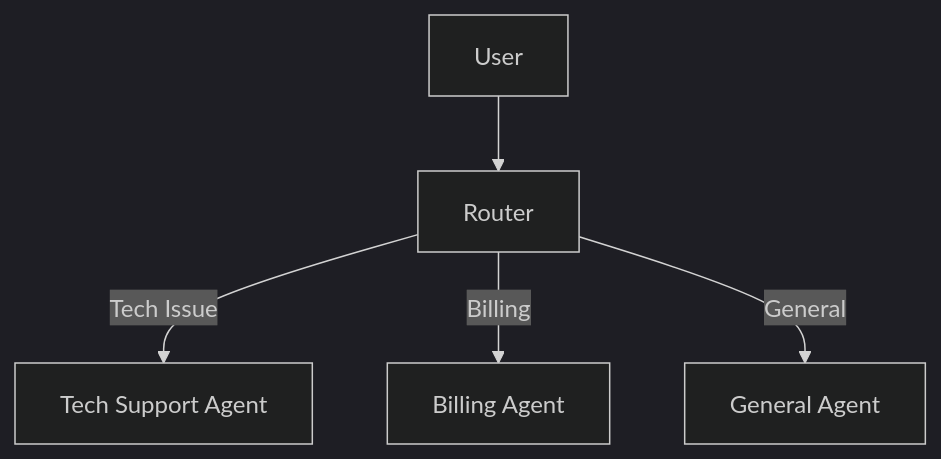
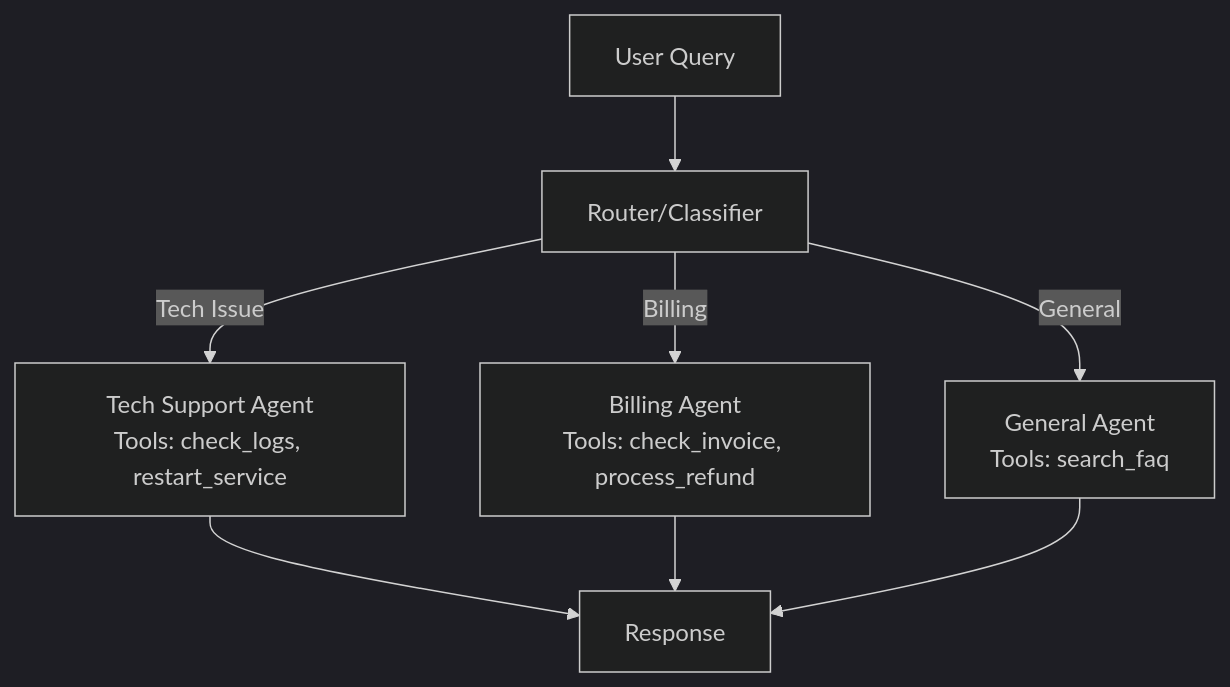
The third of 4 diagrams in docs/03_dynamic_behavior.md (sydasif/lang-chain-guide), drawn with Mermaid (dark theme) before and after one commit. The commit also changed other lines of this file, not shown here.

````diff
--- a/docs/03_dynamic_behavior.md
+++ b/docs/03_dynamic_behavior.md
@@ -154,7 +593,10 @@
 ```mermaid
 graph TD
-    User --> Router
-    Router -->|Tech Issue| TechAgent[Tech Support Agent]
-    Router -->|Billing| BillingAgent[Billing Agent]
-    Router -->|General| GeneralAgent[General Agent]
+    User[User Query] --> Router[Router/Classifier]
+    Router -->|Tech Issue| TechAgent[Tech Support Agent<br/>Tools: check_logs, restart_service]
+    Router -->|Billing| BillingAgent[Billing Agent<br/>Tools: check_invoice, process_refund]
+    Router -->|General| GeneralAgent[General Agent<br/>Tools: search_faq]
+    TechAgent --> Response[Response]
+    BillingAgent --> Response
+    GeneralAgent --> Response
 ```
````
